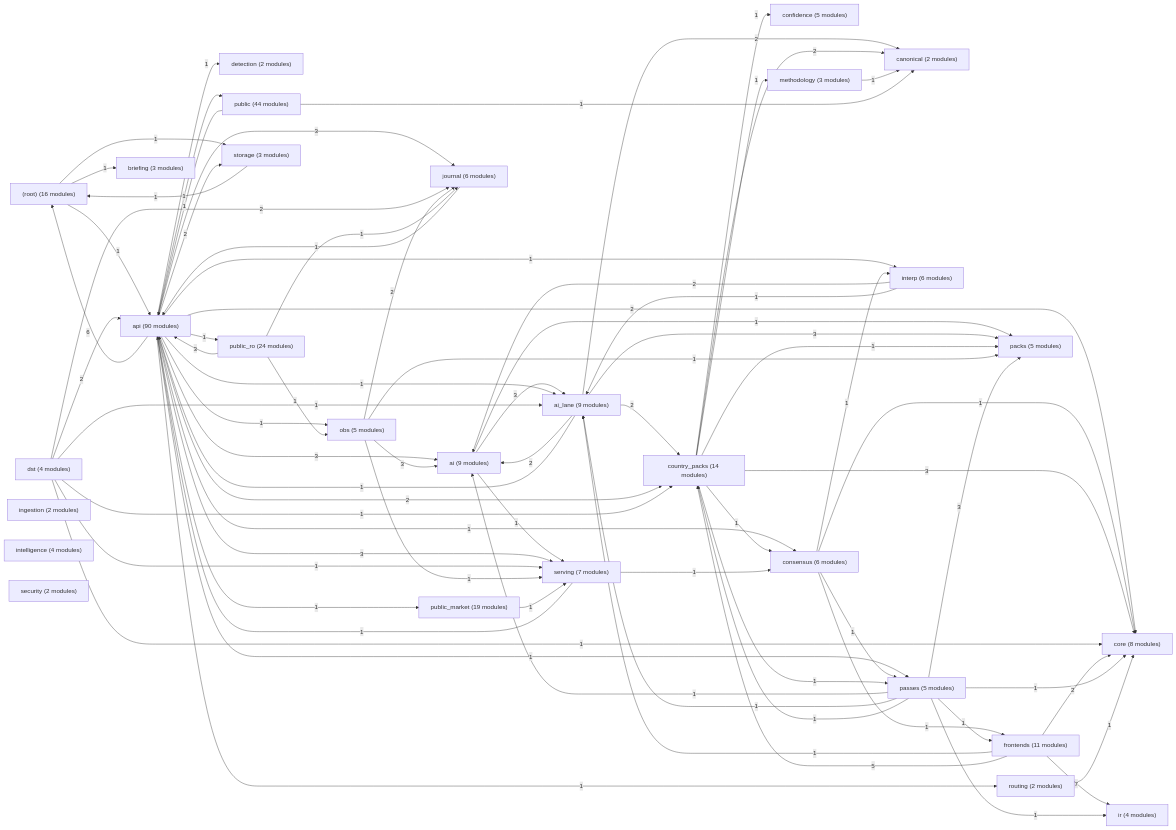
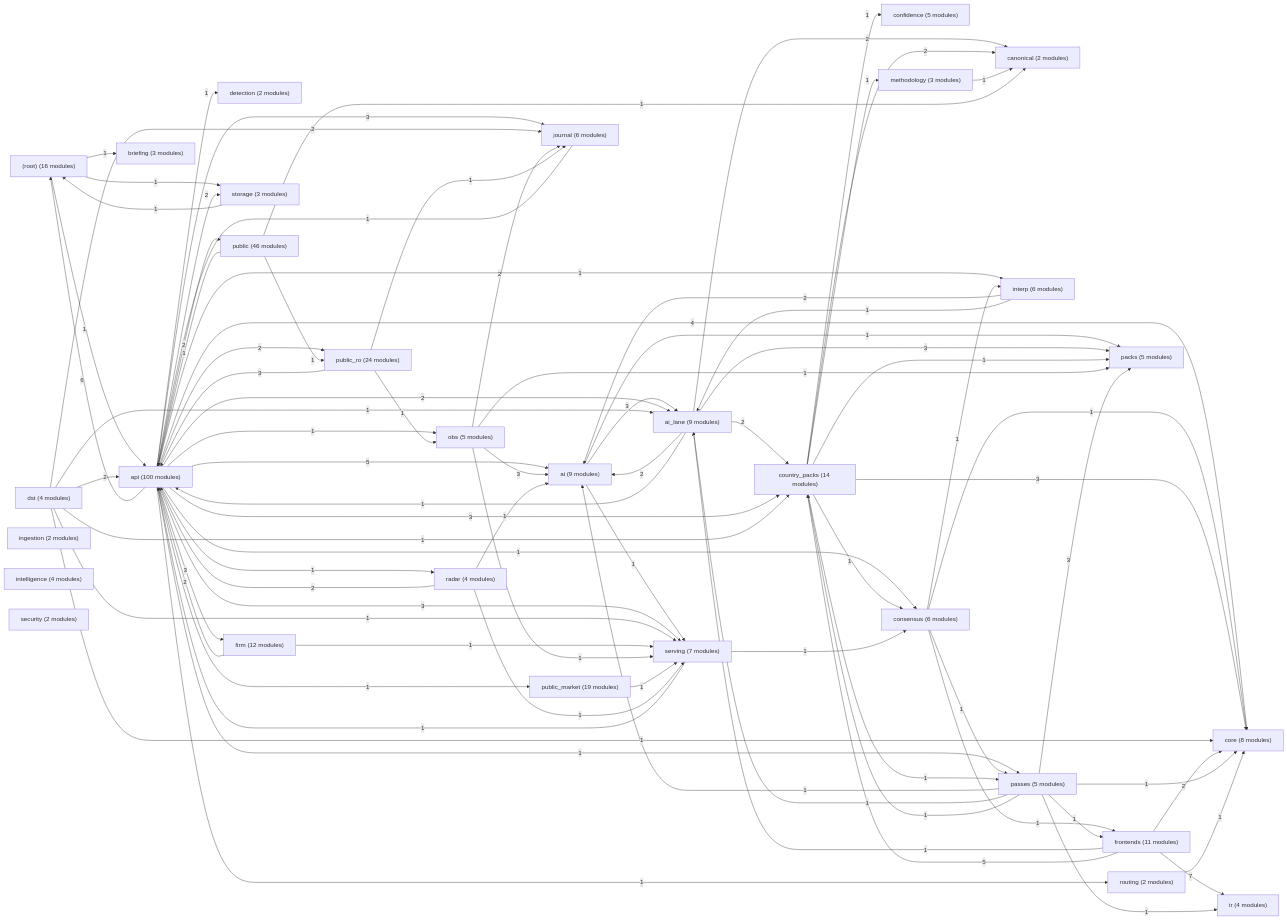
Before and after one commit to AlexDC100/cfo-ai.io: the second of 3 diagrams in docs/engine_book/architecture.md, drawn with Mermaid. The commit also changed other lines of this file, not shown here.

Commit message:
docs(engine-book): regenerate the architecture page now that its packages are committed
Held back all day on purpose: regenerating it would have described the
radar, public-egress and public-market packages while they were still
uncommitted, so the page would have documented modules the repository did
not contain. They have landed, so it regenerates byte-identically again
and the engine-book gate is green.

```diff
--- a/docs/engine_book/architecture.md
+++ b/docs/engine_book/architecture.md
@@ -36,7 +36,7 @@
     pkg__root_["(root) (16 modules)"]
     pkg_ai["ai (9 modules)"]
     pkg_ai_lane["ai_lane (9 modules)"]
-    pkg_api["api (90 modules)"]
+    pkg_api["api (100 modules)"]
     pkg_briefing["briefing (3 modules)"]
     pkg_canonical["canonical (2 modules)"]
     pkg_confidence["confidence (5 modules)"]
@@ -45,6 +45,7 @@
     pkg_country_packs["country_packs (14 modules)"]
     pkg_detection["detection (2 modules)"]
     pkg_dst["dst (4 modules)"]
+    pkg_firm["firm (12 modules)"]
     pkg_frontends["frontends (11 modules)"]
     pkg_ingestion["ingestion (2 modules)"]
     pkg_intelligence["intelligence (4 modules)"]
@@ -55,9 +56,10 @@
     pkg_obs["obs (5 modules)"]
     pkg_packs["packs (5 modules)"]
     pkg_passes["passes (5 modules)"]
-    pkg_public["public (44 modules)"]
+    pkg_public["public (46 modules)"]
     pkg_public_market["public_market (19 modules)"]
     pkg_public_ro["public_ro (24 modules)"]
+    pkg_radar["radar (4 modules)"]
     pkg_routing["routing (2 modules)"]
     pkg_security["security (2 modules)"]
     pkg_serving["serving (7 modules)"]
@@ -74,19 +76,21 @@
     pkg_ai_lane -->|2| pkg_country_packs
     pkg_ai_lane -->|3| pkg_packs
     pkg_api -->|6| pkg__root_
-    pkg_api -->|3| pkg_ai
-    pkg_api -->|1| pkg_ai_lane
+    pkg_api -->|5| pkg_ai
+    pkg_api -->|2| pkg_ai_lane
     pkg_api -->|1| pkg_consensus
-    pkg_api -->|2| pkg_core
-    pkg_api -->|2| pkg_country_packs
+    pkg_api -->|4| pkg_core
+    pkg_api -->|3| pkg_country_packs
     pkg_api -->|1| pkg_detection
+    pkg_api -->|3| pkg_firm
     pkg_api -->|1| pkg_interp
     pkg_api -->|3| pkg_journal
     pkg_api -->|1| pkg_obs
     pkg_api -->|1| pkg_passes
-    pkg_api -->|1| pkg_public
+    pkg_api -->|2| pkg_public
     pkg_api -->|1| pkg_public_market
-    pkg_api -->|1| pkg_public_ro
+    pkg_api -->|2| pkg_public_ro
+    pkg_api -->|1| pkg_radar
     pkg_api -->|1| pkg_routing
     pkg_api -->|3| pkg_serving
     pkg_api -->|2| pkg_storage
@@ -107,6 +111,8 @@
     pkg_dst -->|1| pkg_country_packs
     pkg_dst -->|2| pkg_journal
     pkg_dst -->|1| pkg_serving
+    pkg_firm -->|2| pkg_api
+    pkg_firm -->|1| pkg_serving
     pkg_frontends -->|1| pkg_ai_lane
     pkg_frontends -->|2| pkg_core
     pkg_frontends -->|5| pkg_country_packs
@@ -128,10 +134,14 @@
     pkg_passes -->|3| pkg_packs
     pkg_public -->|1| pkg_api
     pkg_public -->|1| pkg_canonical
+    pkg_public -->|1| pkg_public_ro
     pkg_public_market -->|1| pkg_serving
     pkg_public_ro -->|3| pkg_api
     pkg_public_ro -->|1| pkg_journal
     pkg_public_ro -->|1| pkg_obs
+    pkg_radar -->|1| pkg_ai
+    pkg_radar -->|2| pkg_api
+    pkg_radar -->|1| pkg_serving
     pkg_routing -->|1| pkg_core
     pkg_serving -->|1| pkg_api
     pkg_serving -->|1| pkg_consensus
```
